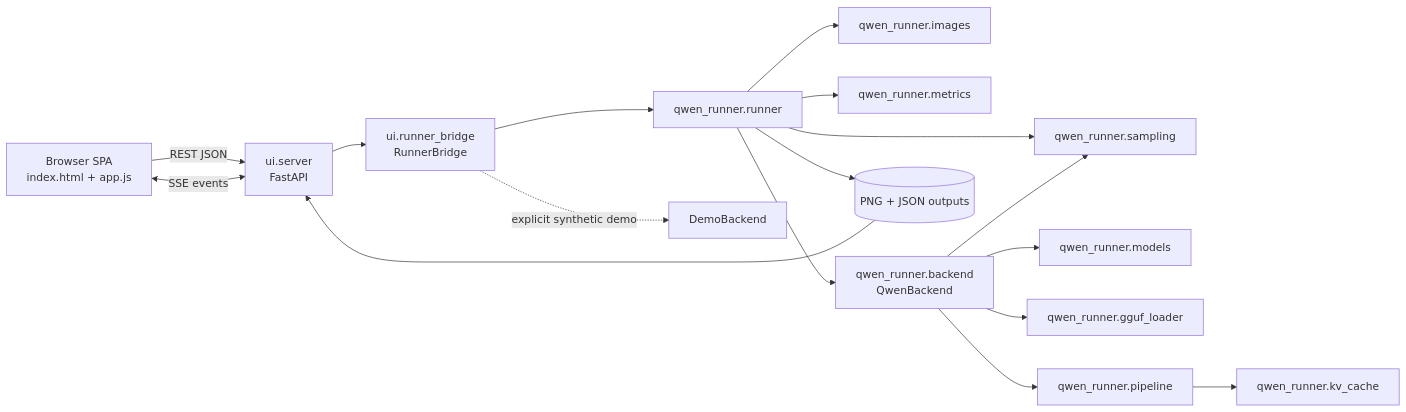
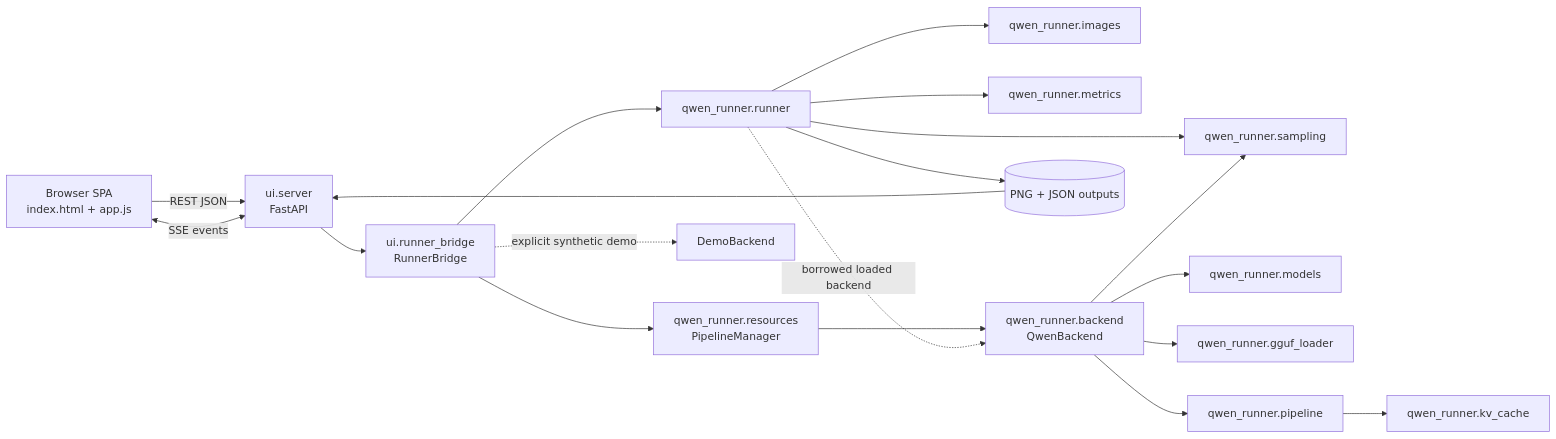
The first of 2 diagrams in CONTEXT.md (Farzine/qwen_workflow_runner), drawn with Mermaid before and after one commit. The commit also changed other lines of this file and 11 other files, not shown here.

````diff
--- a/CONTEXT.md
+++ b/CONTEXT.md
@@ -56,19 +57,21 @@
 ```mermaid
 flowchart LR
     Browser[Browser SPA<br/>index.html + app.js] -->|REST JSON| Server[ui.server<br/>FastAPI]
     Browser <-->|SSE events| Server
     Server --> Bridge[ui.runner_bridge<br/>RunnerBridge]
+    Bridge --> Manager[qwen_runner.resources<br/>PipelineManager]
     Bridge --> Runner[qwen_runner.runner]
     Runner --> Images[qwen_runner.images]
     Runner --> Metrics[qwen_runner.metrics]
     Runner --> Sampling[qwen_runner.sampling]
-    Runner --> Backend[qwen_runner.backend<br/>QwenBackend]
+    Manager --> Backend[qwen_runner.backend<br/>QwenBackend]
+    Runner -. borrowed loaded backend .-> Backend
     Bridge -. explicit synthetic demo .-> Demo[DemoBackend]
     Backend --> Models[qwen_runner.models]
     Backend --> GGUF[qwen_runner.gguf_loader]
     Backend --> Pipeline[qwen_runner.pipeline]
     Backend --> Sampling
     Pipeline --> Cache[qwen_runner.kv_cache]
     Runner --> Outputs[(PNG + JSON outputs)]
     Outputs --> Server
 ```
````
